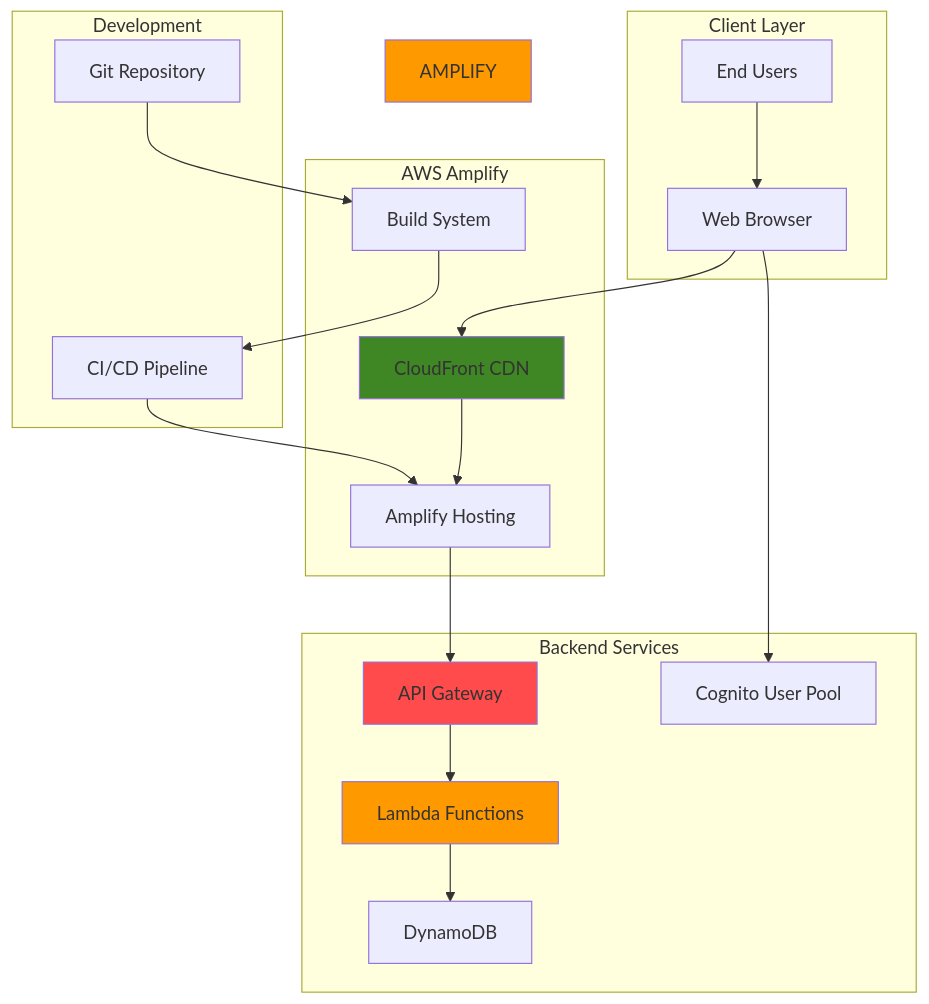
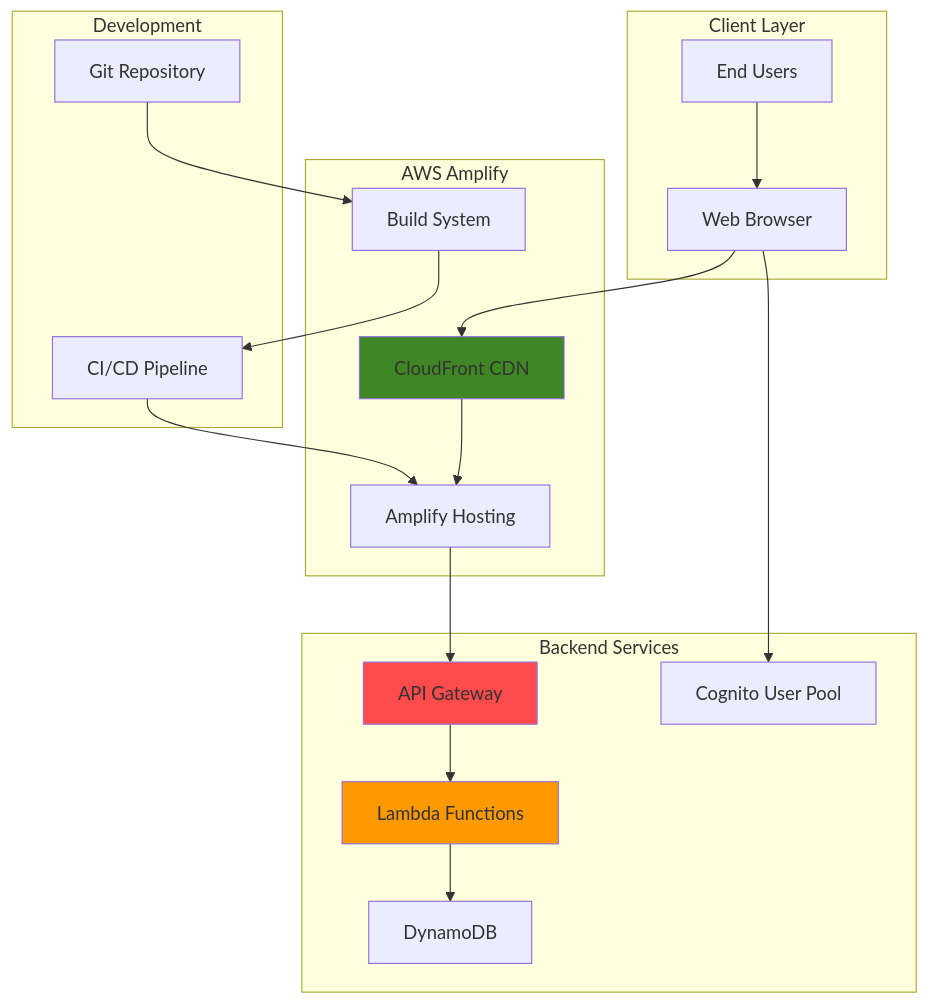
One commit to mzazon/awesome-cloud-projects changed the diagram in aws/developing-web-apps-amplify/developing-web-apps-amplify.md. Above: the diagram before and after it, drawn with Mermaid. The commit also changed other lines of this file and 5581 other files, not shown here.

````diff
--- a/aws/developing-web-apps-amplify/developing-web-apps-amplify.md
+++ b/aws/developing-web-apps-amplify/developing-web-apps-amplify.md
@@ -31,42 +30,41 @@
 ```mermaid
 graph TB
     subgraph "Client Layer"
         USER[End Users]
         BROWSER[Web Browser]
     end
     
     subgraph "AWS Amplify"
         CDN[CloudFront CDN]
         HOSTING[Amplify Hosting]
         BUILD[Build System]
     end
     
     subgraph "Backend Services"
         APIGW[API Gateway]
         LAMBDA[Lambda Functions]
         AUTH[Cognito User Pool]
         STORAGE[DynamoDB]
     end
     
     subgraph "Development"
         REPO[Git Repository]
         CICD[CI/CD Pipeline]
     end
     
     USER --> BROWSER
     BROWSER --> CDN
     CDN --> HOSTING
     HOSTING --> APIGW
     APIGW --> LAMBDA
     LAMBDA --> STORAGE
     BROWSER --> AUTH
     
     REPO --> BUILD
     BUILD --> CICD
     CICD --> HOSTING
     
     style LAMBDA fill:#FF9900
-    style AMPLIFY fill:#FF9900
     style CDN fill:#3F8624
     style APIGW fill:#FF4B4B
 ```
````
